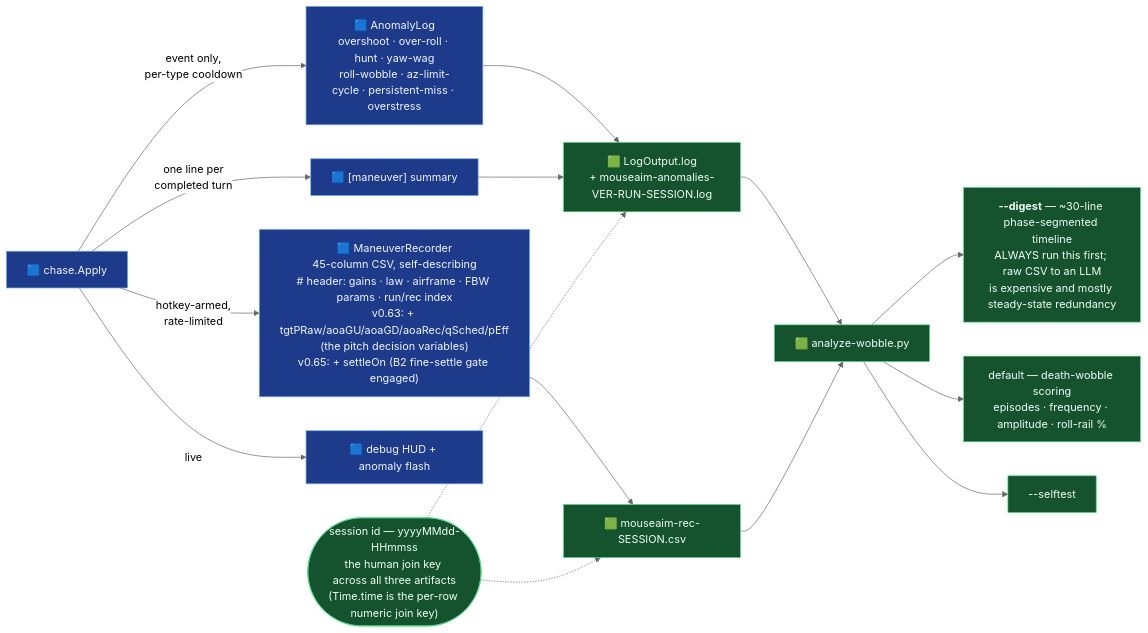
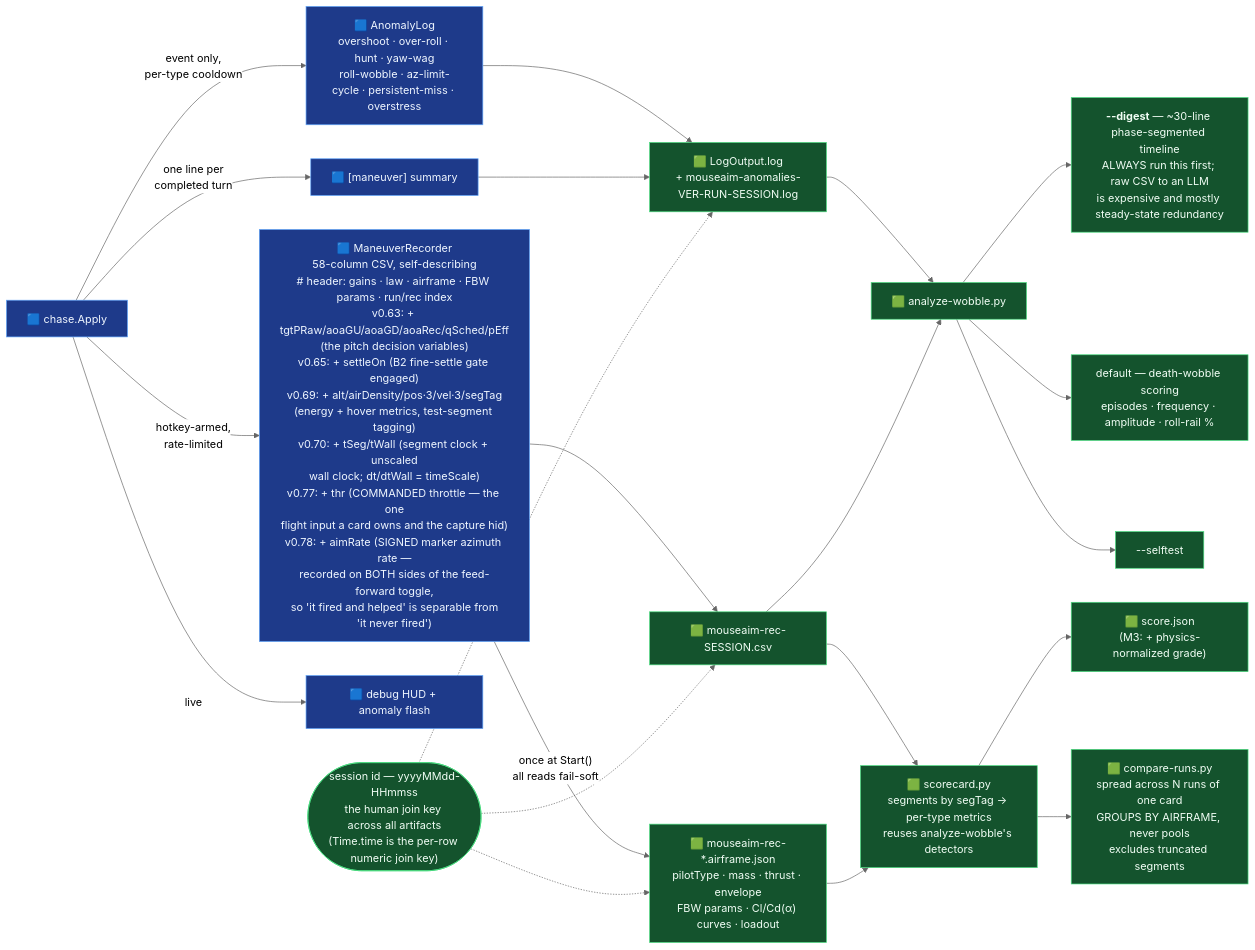
Before and after one commit to cosistra/wt-mouse-aim: the sixth of 8 diagrams in ARCHITECTURE.md, drawn with Mermaid (neutral theme). The commit also changed other lines of this file and 16 other files, not shown here.

````diff
--- a/ARCHITECTURE.md
+++ b/ARCHITECTURE.md
@@ -380,28 +410,34 @@
 ```mermaid
 flowchart LR
     chase["🟦 chase.Apply"]
 
     chase -->|"event only,<br/>per-type cooldown"| an["🟦 AnomalyLog<br/>overshoot · over-roll · hunt · yaw-wag<br/>roll-wobble · az-limit-cycle · persistent-miss · overstress"]
     chase -->|"one line per<br/>completed turn"| mv["🟦 [maneuver] summary"]
-    chase -->|"hotkey-armed,<br/>rate-limited"| rec["🟦 ManeuverRecorder<br/>45-column CSV, self-describing<br/># header: gains · law · airframe · FBW params · run/rec index<br/>v0.63: + tgtPRaw/aoaGU/aoaGD/aoaRec/qSched/pEff<br/>(the pitch decision variables)<br/>v0.65: + settleOn (B2 fine-settle gate engaged)"]
+    chase -->|"hotkey-armed,<br/>rate-limited"| rec["🟦 ManeuverRecorder<br/>58-column CSV, self-describing<br/># header: gains · law · airframe · FBW params · run/rec index<br/>v0.63: + tgtPRaw/aoaGU/aoaGD/aoaRec/qSched/pEff<br/>(the pitch decision variables)<br/>v0.65: + settleOn (B2 fine-settle gate engaged)<br/>v0.69: + alt/airDensity/pos·3/vel·3/segTag<br/>(energy + hover metrics, test-segment tagging)<br/>v0.70: + tSeg/tWall (segment clock + unscaled<br/>wall clock; dt/dtWall = timeScale)<br/>v0.77: + thr (COMMANDED throttle — the one<br/>flight input a card owns and the capture hid)<br/>v0.78: + aimRate (SIGNED marker azimuth rate —<br/>recorded on BOTH sides of the feed-forward toggle,<br/>so 'it fired and helped' is separable from<br/>'it never fired')"]
     chase -->|"live"| hud["🟦 debug HUD + anomaly flash"]
 
     an --> logf["🟩 LogOutput.log<br/>+ mouseaim-anomalies-VER-RUN-SESSION.log"]
     mv --> logf
     rec --> csvf["🟩 mouseaim-rec-SESSION.csv"]
+    rec -->|"once at Start()<br/>all reads fail-soft"| sidef["🟩 mouseaim-rec-*.airframe.json<br/>pilotType · mass · thrust · envelope<br/>FBW params · Cl/Cd(α) curves · loadout"]
 
     logf --> tool["🟩 analyze-wobble.py"]
     csvf --> tool
+    csvf --> sc["🟩 scorecard.py<br/>segments by segTag → per-type metrics<br/>reuses analyze-wobble's detectors"]
+    sidef --> sc
+    sc --> scj["🟩 score.json<br/>(M3: + physics-normalized grade)"]
+    sc --> cmp["🟩 compare-runs.py<br/>spread across N runs of one card<br/>GROUPS BY AIRFRAME, never pools<br/>excludes truncated segments"]
     tool --> d1["<b>--digest</b> — ~30-line phase-segmented timeline<br/>ALWAYS run this first; raw CSV to an LLM<br/>is expensive and mostly steady-state redundancy"]
     tool --> d2["default — death-wobble scoring<br/>episodes · frequency · amplitude · roll-rail %"]
     tool --> d3["--selftest"]
 
-    sess(["session id — yyyyMMdd-HHmmss<br/>the human join key across all three artifacts<br/>(Time.time is the per-row numeric join key)"])
+    sess(["session id — yyyyMMdd-HHmmss<br/>the human join key across all artifacts<br/>(Time.time is the per-row numeric join key)"])
     sess -.-> logf
     sess -.-> csvf
+    sess -.-> sidef
 
     classDef mod fill:#1e3a8a,stroke:#60a5fa,color:#eff6ff
     classDef art fill:#14532d,stroke:#4ade80,color:#f0fdf4
     class chase,an,mv,rec,hud mod
-    class logf,csvf,tool,d1,d2,d3,sess art
+    class logf,csvf,sidef,tool,sc,scj,cmp,d1,d2,d3,sess art
 ```
````
